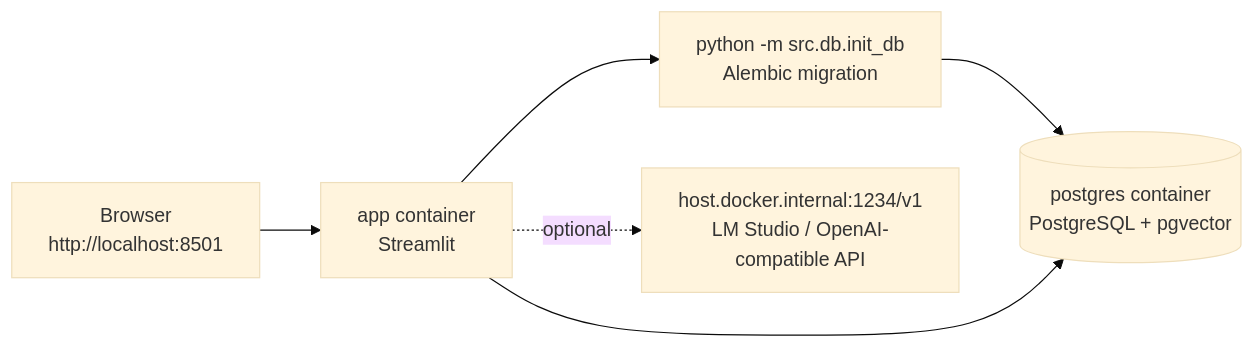
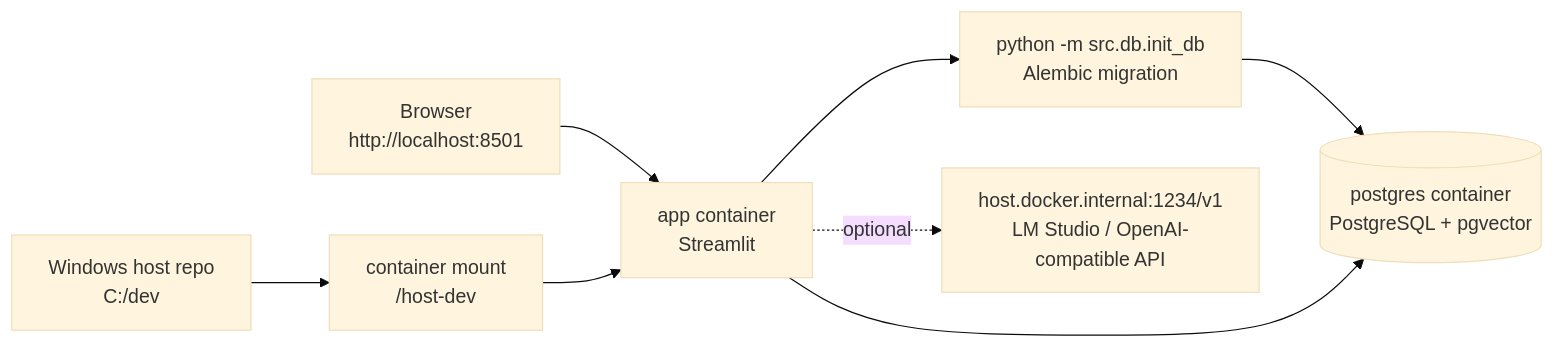
The seventh of 8 diagrams in README_ARCHITECTURE.md (ino5/ai-commit-advisor-26), drawn with Mermaid (base theme) before and after one commit. The commit also changed other lines of this file and 14 other files, not shown here.

````diff
--- a/README_ARCHITECTURE.md
+++ b/README_ARCHITECTURE.md
@@ -629,8 +629,10 @@
 ```mermaid
 flowchart LR
     Browser["Browser<br/>http://localhost:8501"] --> App["app container<br/>Streamlit"]
     App --> Init["python -m src.db.init_db<br/>Alembic migration"]
     Init --> DB[(postgres container<br/>PostgreSQL + pgvector)]
     App --> DB
+    HostRepo["Windows host repo<br/>C:/dev"] --> Mount["container mount<br/>/host-dev"]
+    Mount --> App
     App -. optional .-> HostLLM["host.docker.internal:1234/v1<br/>LM Studio / OpenAI-compatible API"]
 ```
````
